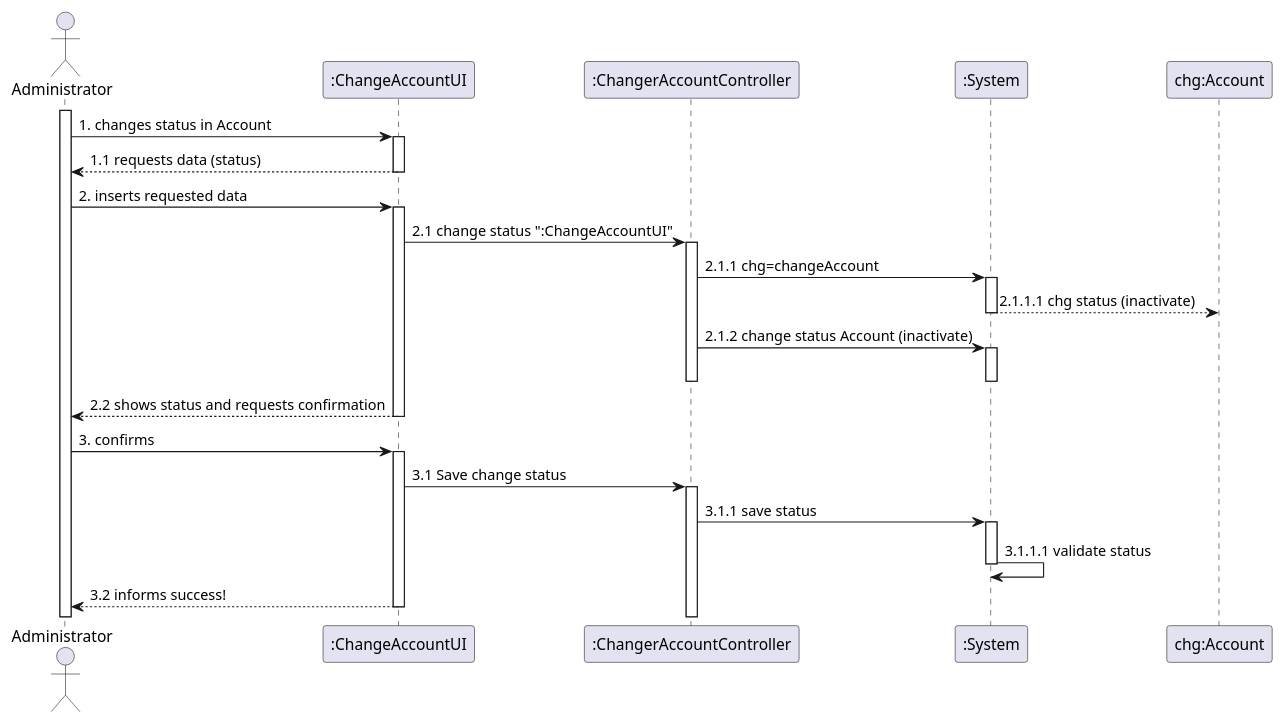
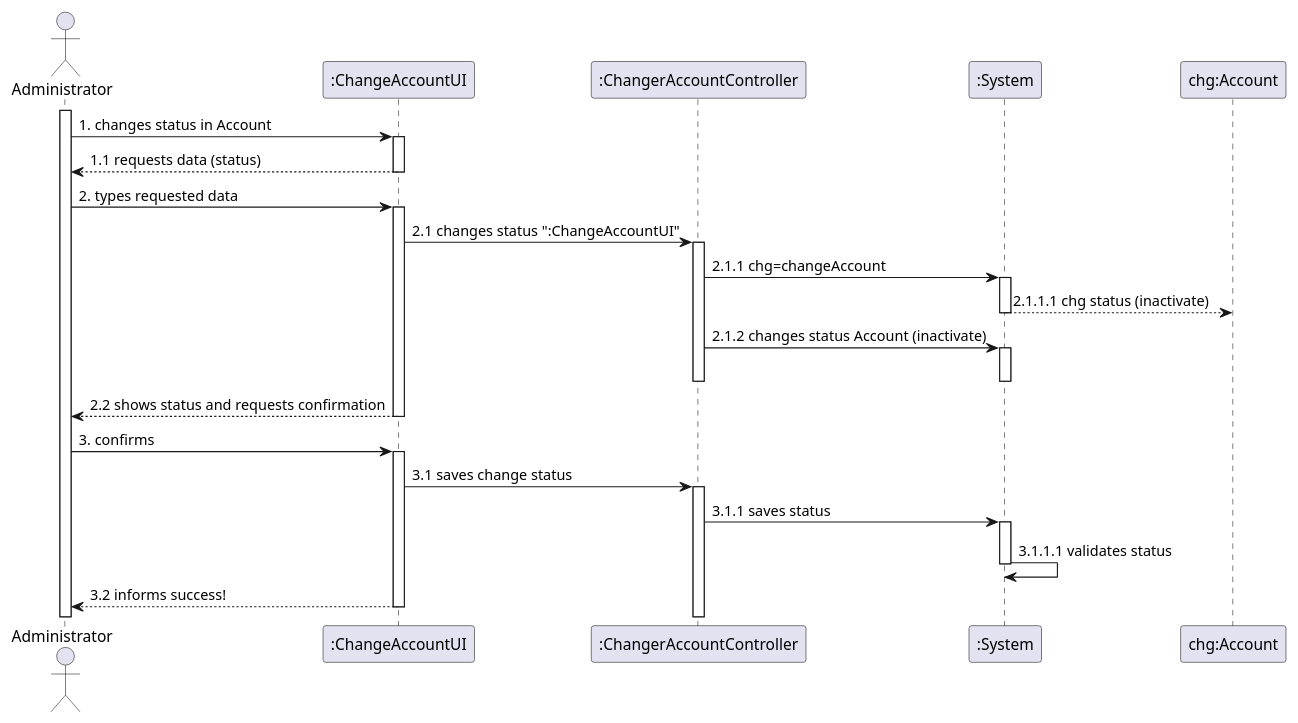
One commit to Loracline/project_switch_22-23 changed the diagram in docs/modelling_design/US005_Sequence_Diagram.puml. Above: the diagram before and after it, drawn with PlantUML. The commit also changed 1 other file, not shown here.

Commit message:
US 006: Project: OO Design US number: 006 Discipline/phase: OO Design. Use cases: Added Sequence Diagram.

```diff
--- a/docs/modelling_design/US005_Sequence_Diagram.puml
+++ b/docs/modelling_design/US005_Sequence_Diagram.puml
@@ -1,47 +1,47 @@
 @startuml
 'https://plantuml.com/sequence-diagram
 
 
 actor "Administrator"
 participant ":ChangeAccountUI" as rgui
 participant ":ChangerAccountController" as rgc
 participant ":System" as System
 participant "chg:Account" as Account
 
 activate Administrator
 Administrator  -> rgui : 1. changes status in Account
 activate rgui
 rgui --> Administrator: 1.1 requests data (status)
 deactivate rgui
-Administrator -> rgui: 2. inserts requested data
+Administrator -> rgui: 2. types requested data
 activate rgui
-rgui -> rgc: 2.1 change status ":ChangeAccountUI"
+rgui -> rgc: 2.1 changes status ":ChangeAccountUI"
 activate rgc
 rgc -> System: 2.1.1 chg=changeAccount
 activate System
 System --> Account: 2.1.1.1 chg status (inactivate)
 deactivate System
-rgc -> System: 2.1.2 change status Account (inactivate)
+rgc -> System: 2.1.2 changes status Account (inactivate)
 activate System
 deactivate rgc
 deactivate System
 rgui --> Administrator: 2.2 shows status and requests confirmation
 deactivate rgui
 Administrator -> rgui: 3. confirms
 activate rgui
-rgui -> rgc: 3.1 Save change status
+rgui -> rgc: 3.1 saves change status
 activate rgc
-rgc -> System: 3.1.1 save status
+rgc -> System: 3.1.1 saves status
 activate System
-System -> System: 3.1.1.1 validate status
+System -> System: 3.1.1.1 validates status
 
 deactivate System
 
 rgui --> Administrator: 3.2 informs success!
 deactivate rgui
 
 
 
 
 
 @enduml
```
